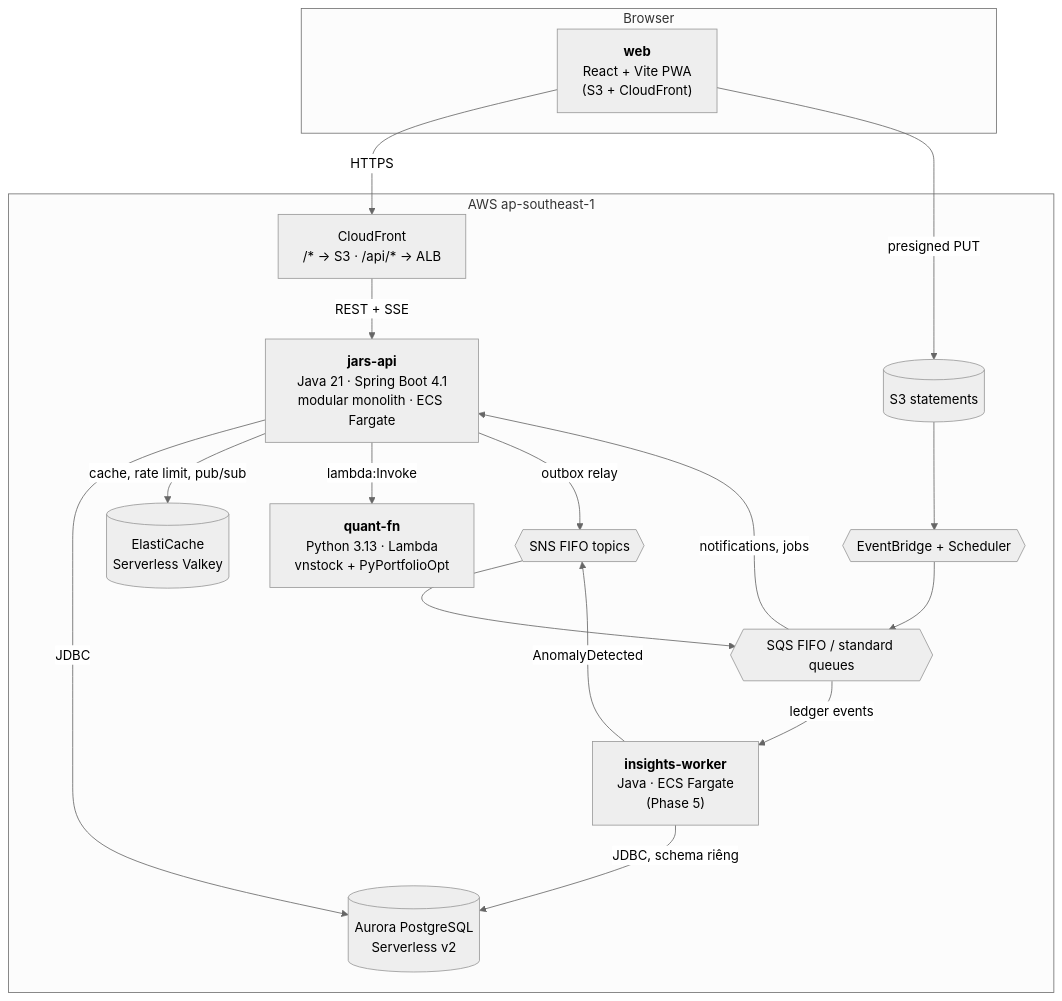
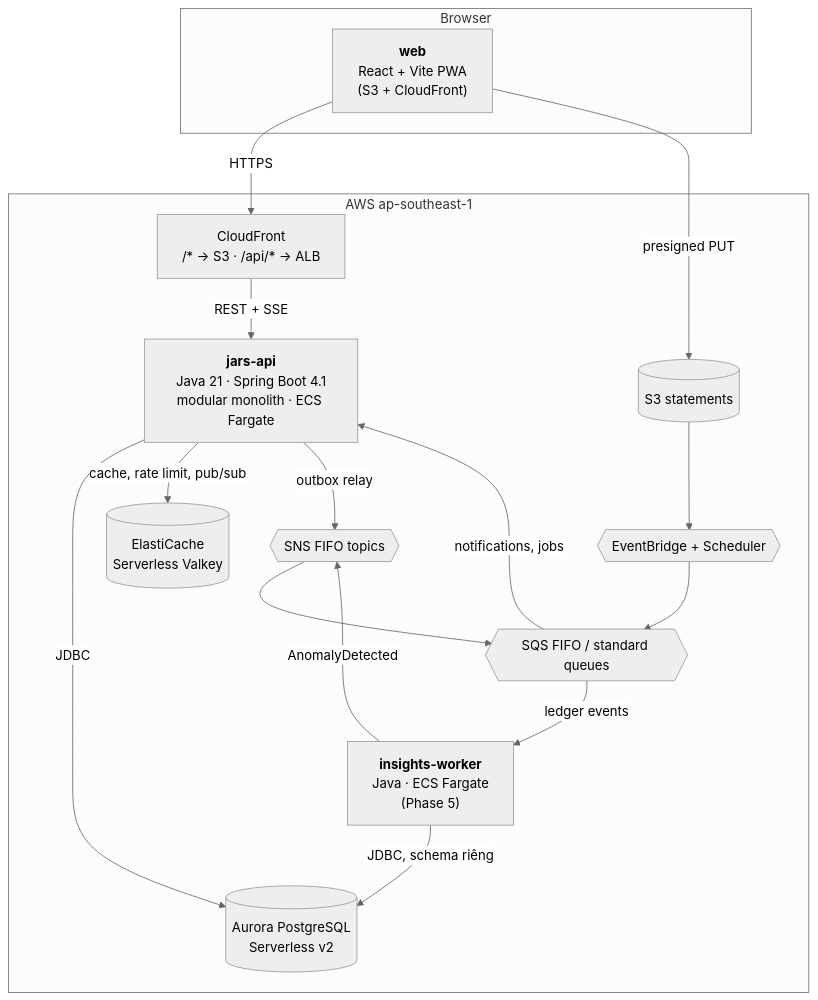
The second of 2 diagrams in docs/02-architecture/overview.md (thphuc06/jar-platform), drawn with Mermaid (neutral theme) before and after one commit. The commit also changed other lines of this file and 26 other files, not shown here.

First line of the commit message:
docs: drop the market module and the quant-fn Lambda (ADR-0024)

````diff
--- a/docs/02-architecture/overview.md
+++ b/docs/02-architecture/overview.md
@@ -38,33 +36,31 @@
 ```mermaid
 flowchart TB
     subgraph browser["Browser"]
         web["<b>web</b><br/>React + Vite PWA<br/>(S3 + CloudFront)"]
     end
 
     subgraph aws["AWS ap-southeast-1"]
         cf["CloudFront<br/>/* → S3 · /api/* → ALB"]
         api["<b>jars-api</b><br/>Java 21 · Spring Boot 4.1<br/>modular monolith · ECS Fargate"]
         worker["<b>insights-worker</b><br/>Java · ECS Fargate<br/>(Phase 5)"]
-        quant["<b>quant-fn</b><br/>Python 3.13 · Lambda<br/>vnstock + PyPortfolioOpt"]
         db[("Aurora PostgreSQL<br/>Serverless v2")]
         cache[("ElastiCache<br/>Serverless Valkey")]
         sns{{"SNS FIFO topics"}}
         sqs{{"SQS FIFO / standard queues"}}
         eb{{"EventBridge + Scheduler"}}
         s3stmt[("S3 statements")]
     end
 
     web -->|HTTPS| cf
     cf -->|REST + SSE| api
     api -->|JDBC| db
     api -->|cache, rate limit, pub/sub| cache
-    api -->|lambda:Invoke| quant
     api -->|outbox relay| sns
     sns --> sqs
     sqs -->|ledger events| worker
     worker -->|AnomalyDetected| sns
     sqs -->|notifications, jobs| api
     worker -->|JDBC, schema riêng| db
     web -->|presigned PUT| s3stmt
     s3stmt --> eb --> sqs
 ```
````
